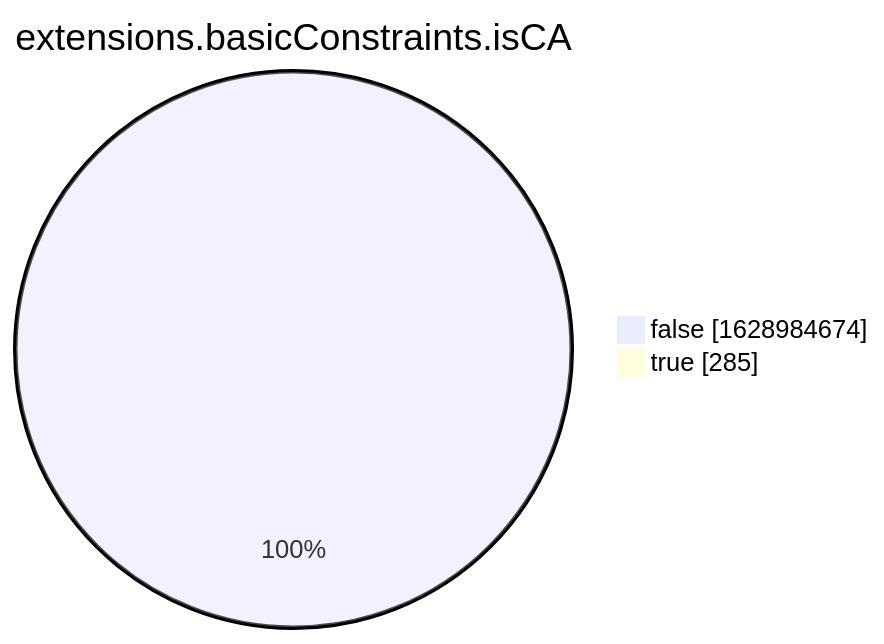
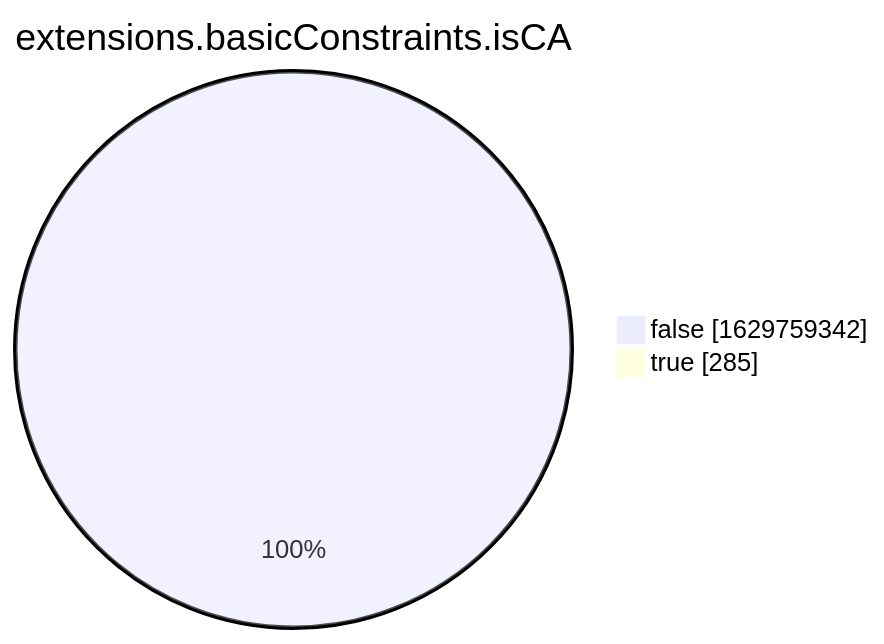
Before and after one commit to christiankrug/ctmonitor_visualization: the eighth of 15 diagrams in xenon2022/README.md, drawn with Mermaid. The commit also changed other lines of this file, not shown here.

````diff
--- a/xenon2022/README.md
+++ b/xenon2022/README.md
@@ -2863,6 +2863,6 @@
 ```mermaid
 pie showData
 title extensions.basicConstraints.isCA
-"false" :1628984674
+"false" :1629759342
 "true" :285
 ```
````
